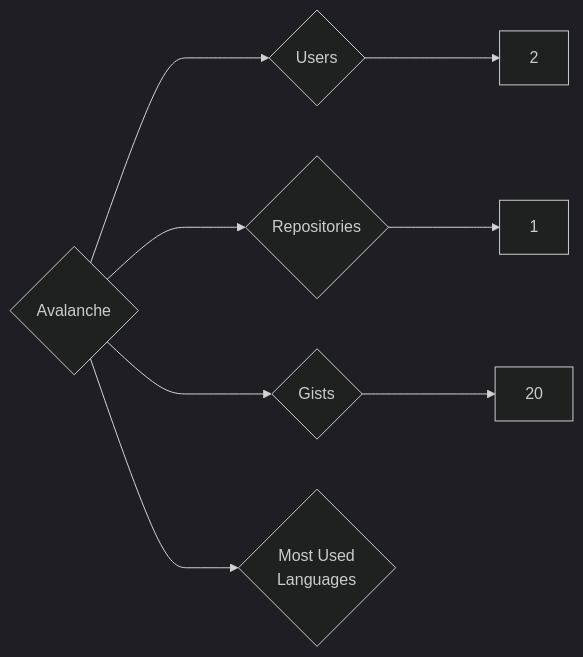
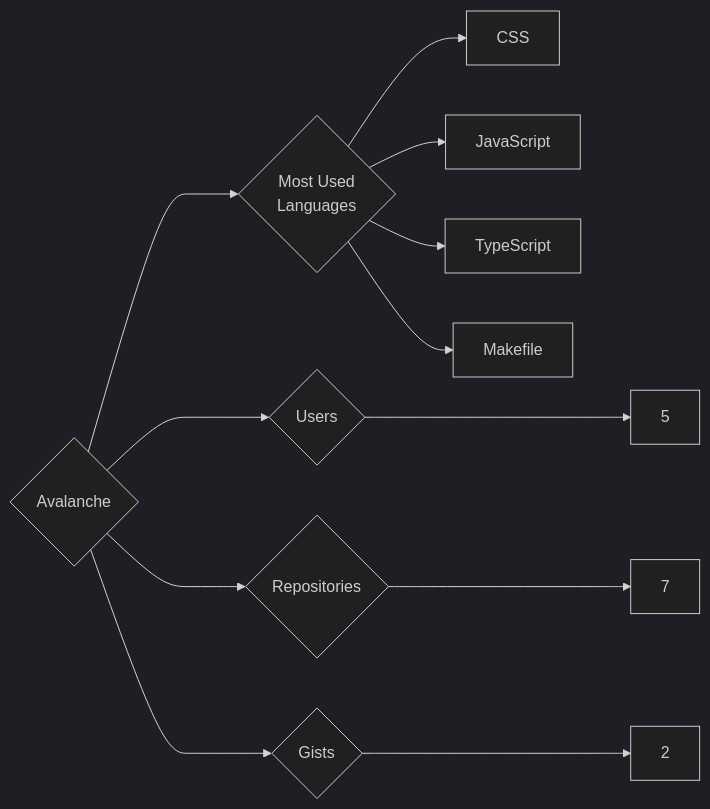
Before and after one commit to trickest/insiders: the diagram in targets/Avalanche/README.md, drawn with Mermaid (dark theme). The commit also changed 1123 other files, not shown here.

````diff
--- a/targets/Avalanche/README.md
+++ b/targets/Avalanche/README.md
@@ -3,8 +3,12 @@
 ```mermaid
 graph LR
 COMPANY_NAME{Avalanche}
-COMPANY_NAME ---> U{Users} ---> UN[2]
-COMPANY_NAME ---> R{Repositories} ---> RN[1]
-COMPANY_NAME ---> G{Gists} ---> GN[20]
+COMPANY_NAME ---> U{Users} ---> UN[5]
+COMPANY_NAME ---> R{Repositories} ---> RN[7]
+COMPANY_NAME ---> G{Gists} ---> GN[2]
 COMPANY_NAME ---> ML{Most Used<br>Languages}
+ML --> CSS[CSS]
+ML --> JavaScript[JavaScript]
+ML --> TypeScript[TypeScript]
+ML --> Makefile[Makefile]
 ```
````
